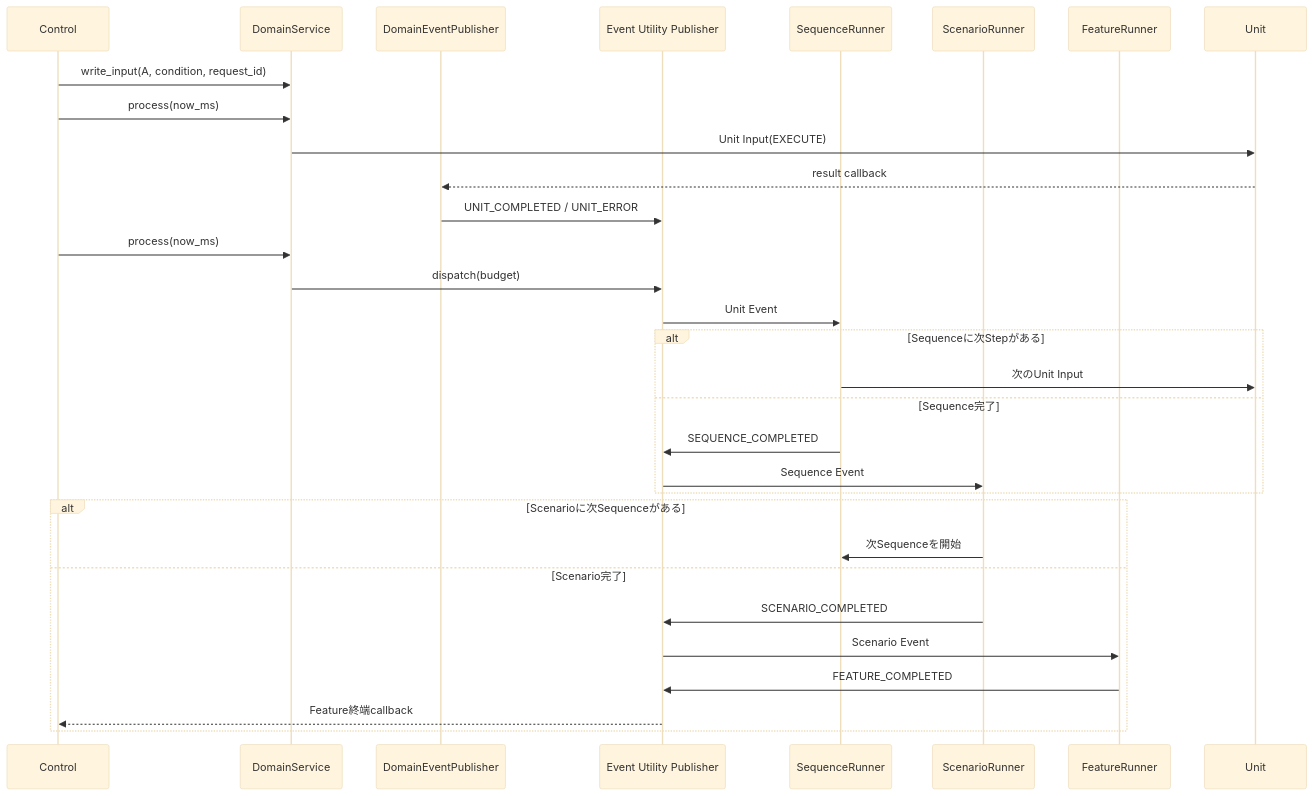
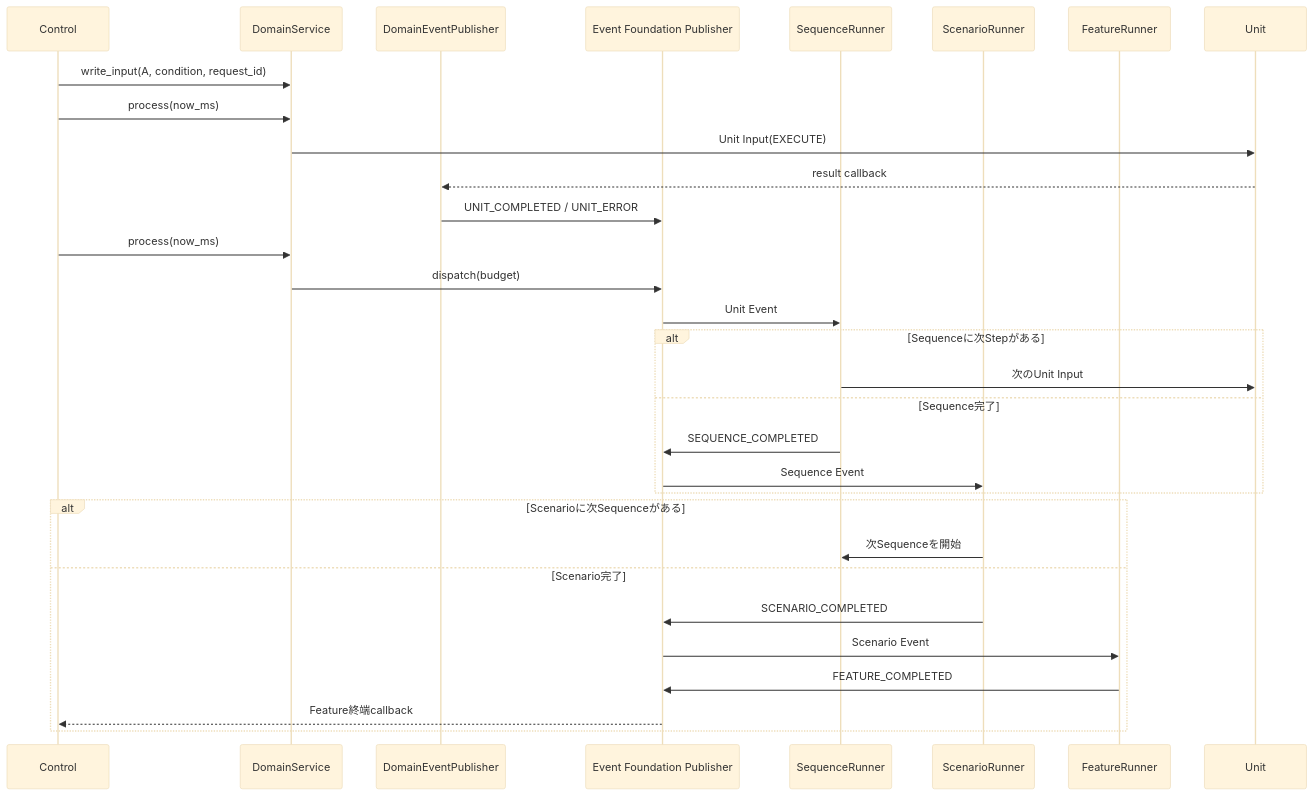
One commit to kingoro/sample-sandbox changed the fourth of 8 diagrams in src/README.md. Above: the diagram before and after it, drawn with Mermaid (base theme). The commit also changed other lines of this file and 203 other files, not shown here.

````diff
--- a/src/README.md
+++ b/src/README.md
@@ -182,36 +182,36 @@
 ```mermaid
 sequenceDiagram
     participant C as Control
     participant D as DomainService
     participant P as DomainEventPublisher
-    participant Q as Event Utility Publisher
+    participant Q as Event Foundation Publisher
     participant SQ as SequenceRunner
     participant SC as ScenarioRunner
     participant F as FeatureRunner
     participant U as Unit
 
     C->>D: write_input(A, condition, request_id)
     C->>D: process(now_ms)
     D->>U: Unit Input(EXECUTE)
     U-->>P: result callback
     P->>Q: UNIT_COMPLETED / UNIT_ERROR
     C->>D: process(now_ms)
     D->>Q: dispatch(budget)
     Q->>SQ: Unit Event
 
     alt Sequenceに次Stepがある
         SQ->>U: 次のUnit Input
     else Sequence完了
         SQ->>Q: SEQUENCE_COMPLETED
         Q->>SC: Sequence Event
     end
 
     alt Scenarioに次Sequenceがある
         SC->>SQ: 次Sequenceを開始
     else Scenario完了
         SC->>Q: SCENARIO_COMPLETED
         Q->>F: Scenario Event
         F->>Q: FEATURE_COMPLETED
         Q-->>C: Feature終端callback
     end
 ```
````
